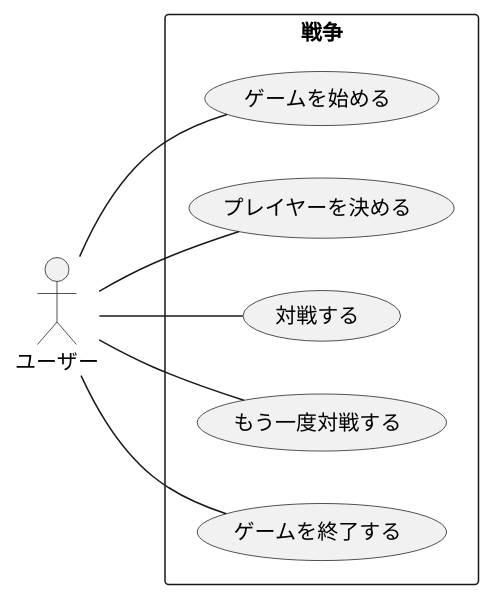
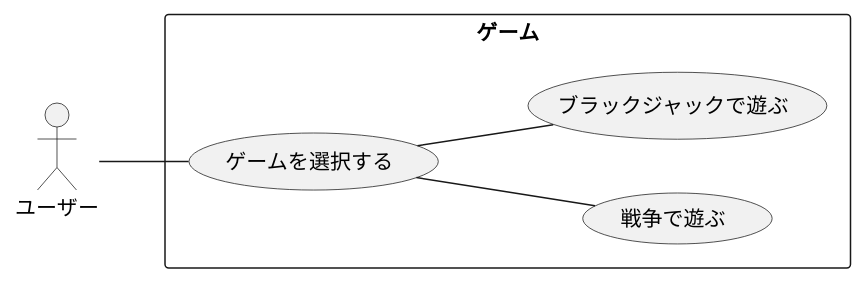
One commit to hachimitu22/study changed the diagram in uml/CardGame/doc/design/usecase.md. Above: the diagram before and after it, drawn with PlantUML. The commit also changed other lines of this file and 3 other files, not shown here.

````diff
--- a/uml/CardGame/doc/design/usecase.md
+++ b/uml/CardGame/doc/design/usecase.md
@@ -3,14 +3,12 @@
 ```plantuml
 @startuml
 left to right direction
 actor ユーザー
 
-rectangle 戦争 {
-  ユーザー -- (ゲームを始める)
-  ユーザー -- (プレイヤーを決める)
-  ユーザー -- (対戦する)
-  ユーザー -- (もう一度対戦する)
-  ユーザー -- (ゲームを終了する)
+rectangle ゲーム {
+  ユーザー -- (ゲームを選択する)
+  (ゲームを選択する) -- (戦争で遊ぶ)
+  (ゲームを選択する) -- (ブラックジャックで遊ぶ)
 }
 @enduml
 ```
````
